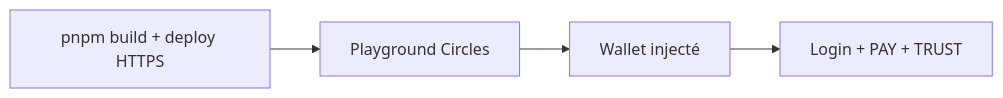
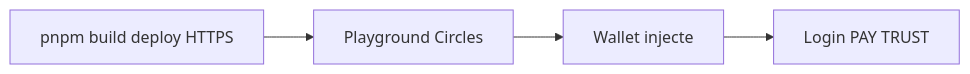
Before and after one commit to gnosis-box/THP-for-Good: the diagram in docs/04-guide-developpeur.md, drawn with Mermaid. The commit also changed other lines of this file and 7 other files, not shown here.

````diff
--- a/docs/04-guide-developpeur.md
+++ b/docs/04-guide-developpeur.md
@@ -128,6 +149,6 @@
 ```mermaid
 flowchart LR
-  A[pnpm build + deploy HTTPS] --> B[Playground Circles]
-  B --> C[Wallet injecté]
-  C --> D[Login + PAY + TRUST]
+  A[pnpm build deploy HTTPS] --> B[Playground Circles]
+  B --> C[Wallet injecte]
+  C --> D[Login PAY TRUST]
 ```
````
